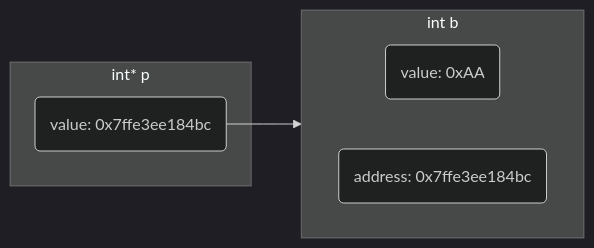
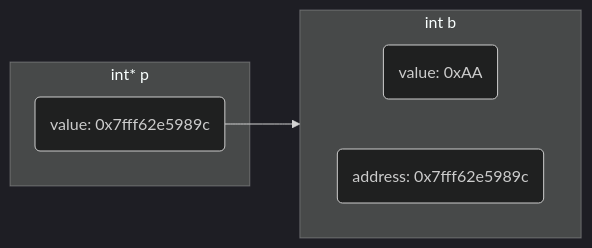
One commit to dmjcb/dmjcb.github.io changed the fifth of 11 diagrams in _posts/language/c_c++/pointer/2022-01-08-指针.md. Above: the diagram before and after it, drawn with Mermaid (dark theme). The commit also changed other lines of this file and 53 other files, not shown here.

````diff
--- a/_posts/language/c_c++/pointer/2022-01-08-指针.md
+++ b/_posts/language/c_c++/pointer/2022-01-08-指针.md
@@ -170,12 +170,12 @@
 ```mermaid
 graph LR;
     subgraph S3[int b]
         direction LR
         V3(value: 0xAA)
-        A3(address: 0x7ffe3ee184bc)
+        A3(address: 0x7fff62e5989c)
     end
     subgraph S2[int* p]
-        V1(value: 0x7ffe3ee184bc)
+        V1(value: 0x7fff62e5989c)
     end
     V1-->A3
 ```
````
